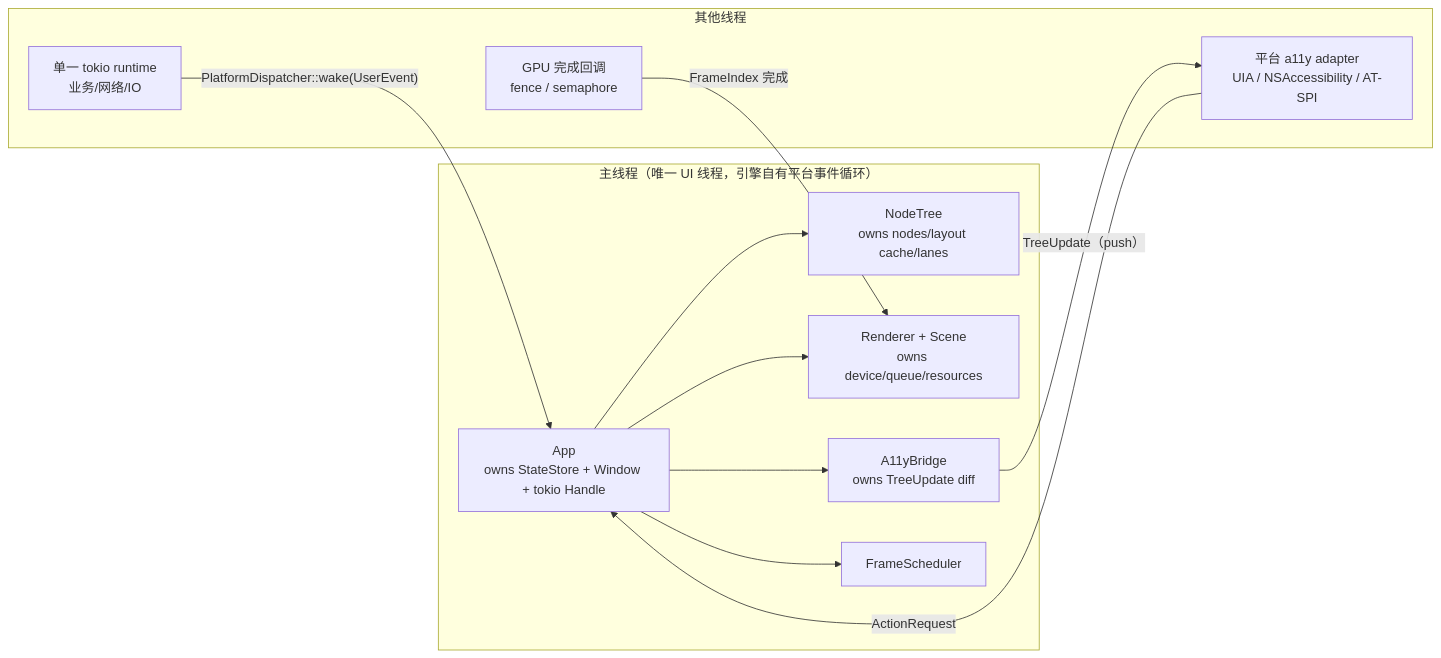
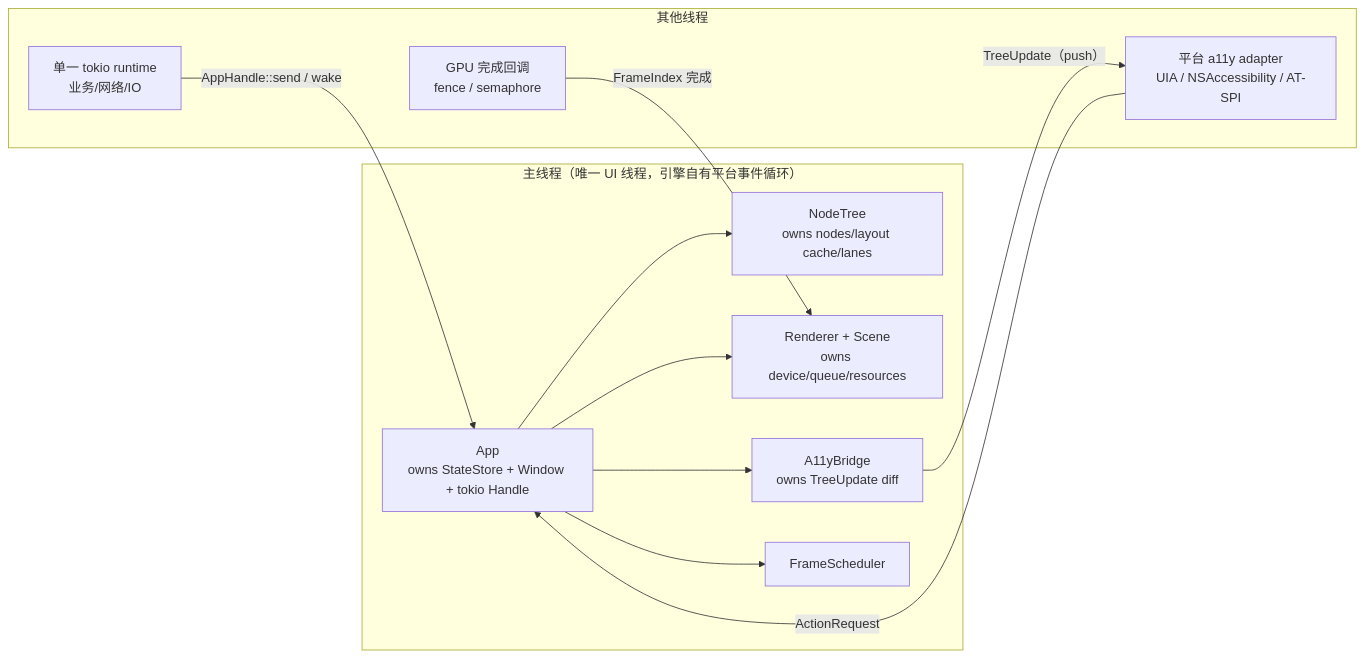
One commit to kytrix-industries/kytrix changed the second of 4 diagrams in crates/ui_core/design/custom-gui-engine-design.md. Above: the diagram before and after it, drawn with Mermaid. The commit also changed other lines of this file, not shown here.

````diff
--- a/crates/ui_core/design/custom-gui-engine-design.md
+++ b/crates/ui_core/design/custom-gui-engine-design.md
@@ -256,23 +288,23 @@
 ```mermaid
 flowchart LR
     subgraph MAIN["主线程（唯一 UI 线程，引擎自有平台事件循环）"]
         APP["App<br/>owns StateStore + Window + tokio Handle"]
         TREE["NodeTree<br/>owns nodes/layout cache/lanes"]
         RENDER["Renderer + Scene<br/>owns device/queue/resources"]
         A11Y["A11yBridge<br/>owns TreeUpdate diff"]
         SCHED["FrameScheduler"]
     end
     subgraph OTHER["其他线程"]
         TOKIO["单一 tokio runtime<br/>业务/网络/IO"]
         GPU["GPU 完成回调<br/>fence / semaphore"]
         AT["平台 a11y adapter<br/>UIA / NSAccessibility / AT-SPI"]
     end
     APP --> TREE
     APP --> RENDER
     APP --> A11Y
     APP --> SCHED
-    TOKIO -->|" PlatformDispatcher::wake(UserEvent) "| APP
+    TOKIO -->|" AppHandle::send / wake "| APP
     GPU -->|" FrameIndex 完成 "| RENDER
     AT -->|" ActionRequest "| APP
     A11Y -->|" TreeUpdate（push） "| AT
 ```
````
